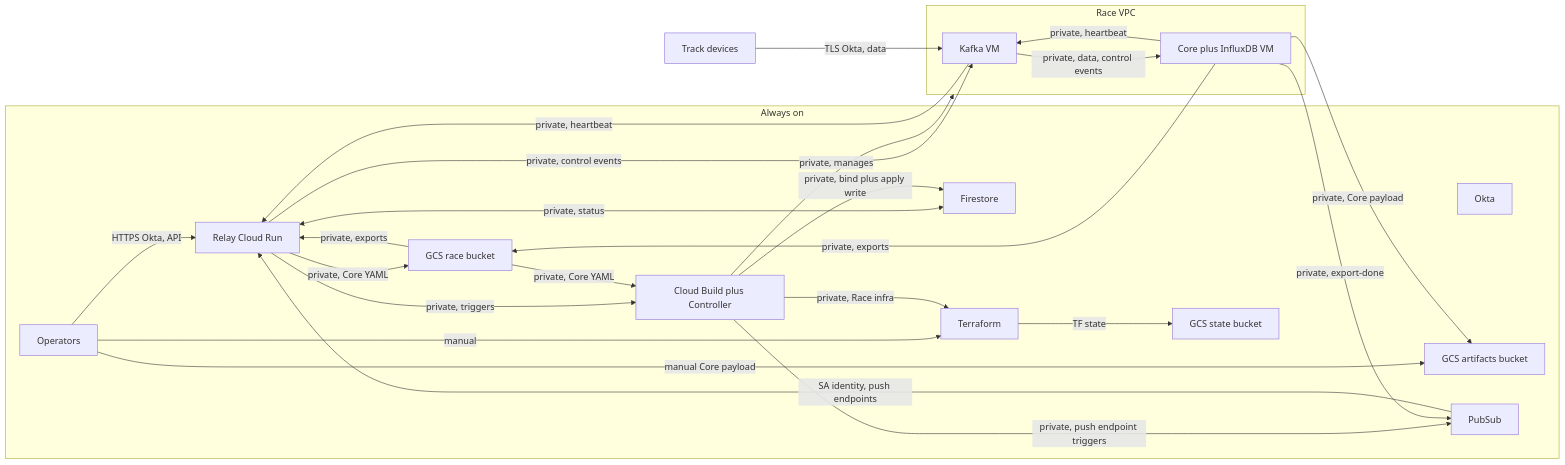
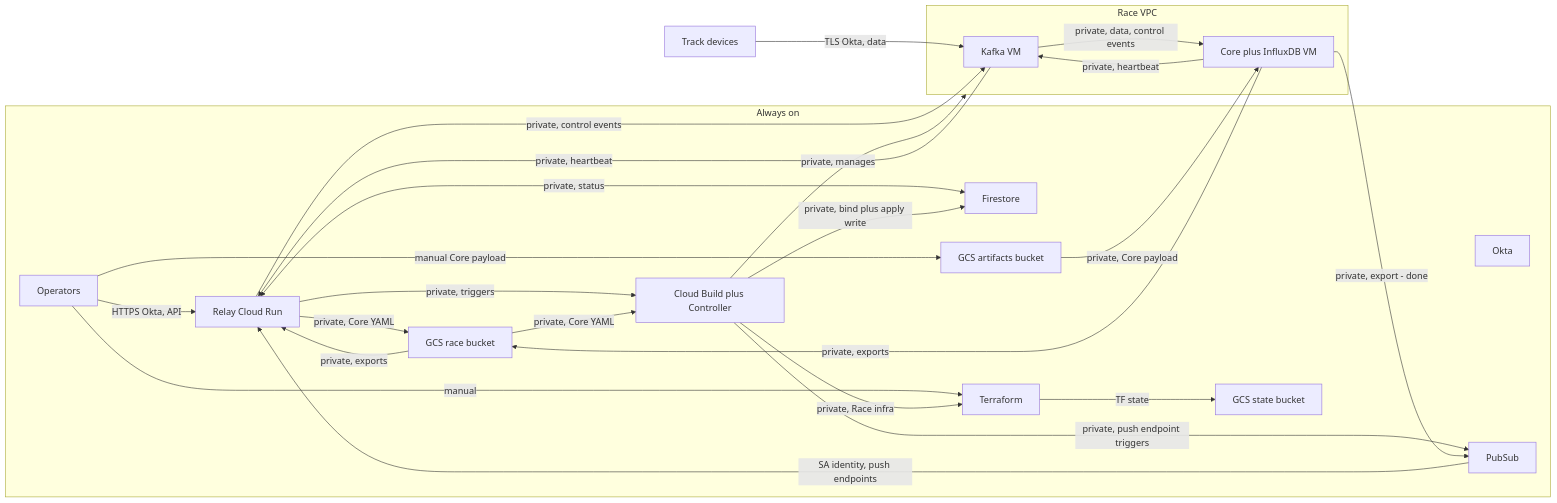
Before and after one commit to ChronoRacer/chronoracer: the diagram in docs/README.md, drawn with Mermaid. The commit also changed other lines of this file and 60 other files, not shown here.

````diff
--- a/docs/README.md
+++ b/docs/README.md
@@ -43,42 +45,42 @@
 ```mermaid
 flowchart LR
-  subgraph alwaysOn [Always on]
-    Okta[Okta]
-    Operators[Operators]
-    Relay[Relay Cloud Run]
-    FS[Firestore]
-    GcsRace[GCS race bucket]
-    GcsState[GCS state bucket]
-    GcsArt[GCS artifacts bucket]
-    PS[PubSub]
-    CB[Cloud Build plus Controller]
-    TF[Terraform]
-  end
-  subgraph raceVpc [Race VPC]
-    Kafka[Kafka VM]
-    CoreDB[Core plus InfluxDB VM]
-  end
-  Devices[Track devices]
-  Operators -->|HTTPS Okta, API| Relay
-  Operators -->|manual| TF
-  Operators -->|manual Core payload| GcsArt
-  Relay <--> |private, status| FS
-  CB --> |private, bind plus apply write| FS
-  Relay --> |private, Core YAML| GcsRace
-  GcsRace --> |private, exports| Relay
-  PS --> |SA identity, push endpoints| Relay
-  Relay --> |private, triggers| CB
-  CB --> |private, push endpoint triggers| PS
-  CB --> |private, manages| raceVpc
-  GcsRace --> |private, Core YAML| CB
-  Relay -->|private, control events| Kafka
-  CoreDB -->|private, heartbeat| Kafka
-  Devices -->|TLS Okta, data| Kafka
-  Kafka -->|private, data, control events| CoreDB
-  Kafka -->|private, heartbeat| Relay
-  CoreDB -->|private, exports| GcsRace
-  CoreDB -->|private, Core payload| GcsArt
-  CoreDB -->|private, export-done| PS
-  CB -->|private, Race infra| TF
-  TF --> |TF state| GcsState
+    subgraph alwaysOn [Always on]
+        Okta[Okta]
+        Operators[Operators]
+        Relay[Relay Cloud Run]
+        FS[Firestore]
+        GcsRace[GCS race bucket]
+        GcsState[GCS state bucket]
+        GcsArt[GCS artifacts bucket]
+        PS[PubSub]
+        CB[Cloud Build plus Controller]
+        TF[Terraform]
+    end
+    subgraph raceVpc [Race VPC]
+        Kafka[Kafka VM]
+        CoreDB[Core plus InfluxDB VM]
+    end
+    Devices[Track devices]
+    Operators -->|HTTPS Okta, API| Relay
+    Operators -->|manual| TF
+    Operators -->|manual Core payload| GcsArt
+    Relay <-->|private, status| FS
+    CB -->|private, bind plus apply write| FS
+    Relay -->|private, Core YAML| GcsRace
+    GcsRace -->|private, exports| Relay
+    PS -->|SA identity, push endpoints| Relay
+    Relay -->|private, triggers| CB
+    CB -->|private, push endpoint triggers| PS
+    CB -->|private, manages| raceVpc
+    GcsRace -->|private, Core YAML| CB
+    Relay -->|private, control events| Kafka
+    CoreDB -->|private, heartbeat| Kafka
+    Devices -->|TLS Okta, data| Kafka
+    Kafka -->|private, data, control events| CoreDB
+    Kafka -->|private, heartbeat| Relay
+    CoreDB -->|private, exports| GcsRace
+    GcsArt -->|private, Core payload| CoreDB
+    CoreDB -->|private, export - done| PS
+    CB -->|private, Race infra| TF
+    TF -->|TF state| GcsState
 ```
````
